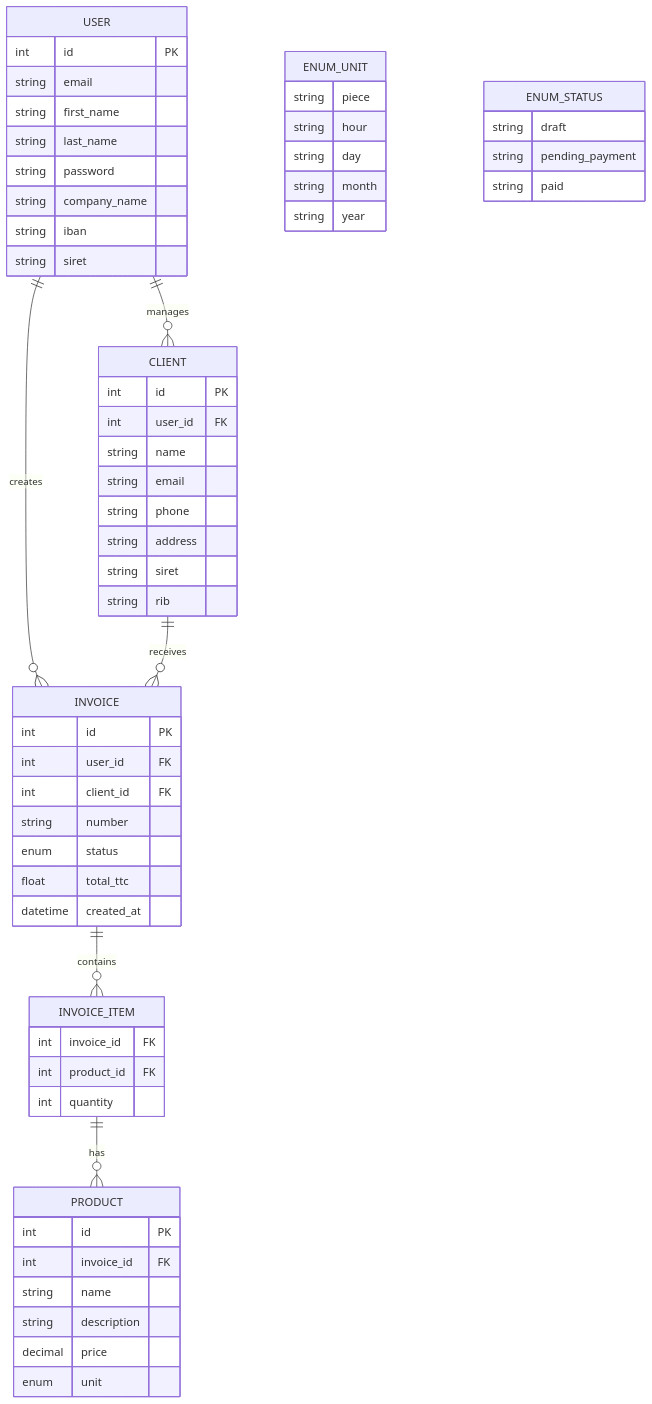
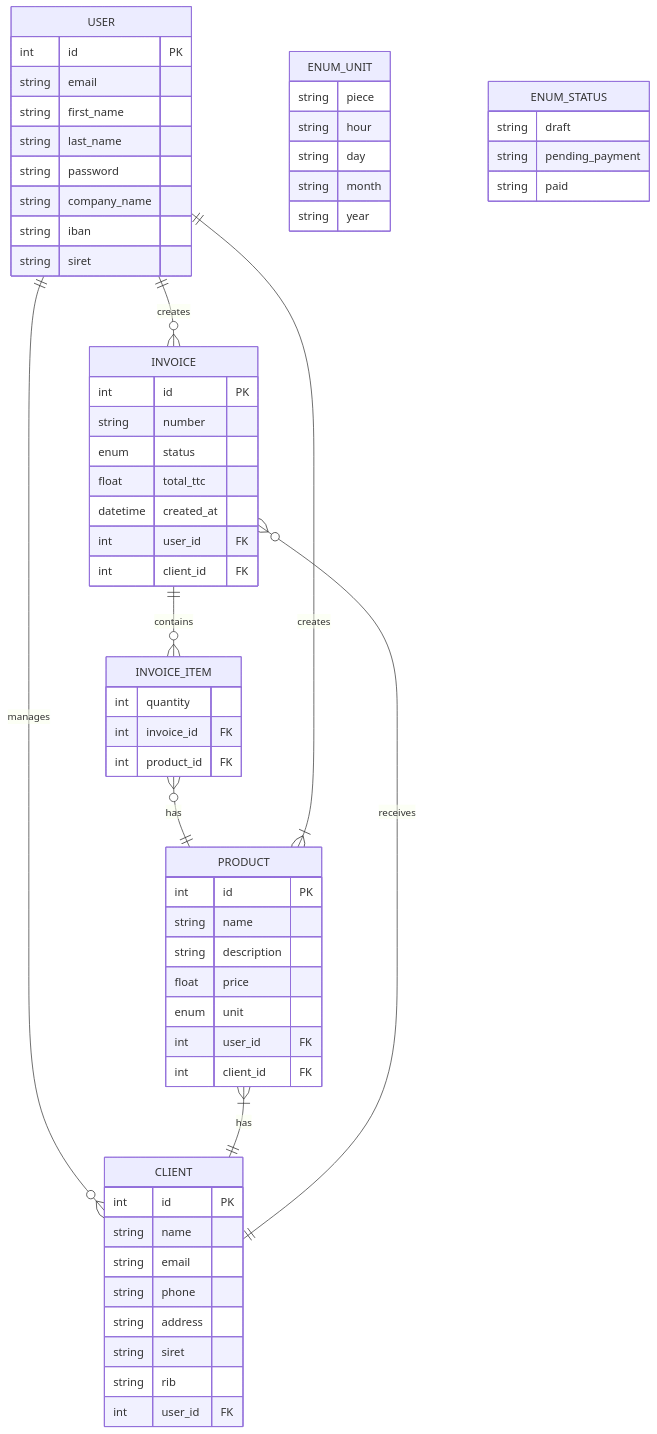
One commit to CHAOUCHI/cdpi-dwwm changed the diagram in Phase 3 - Symfony Docker et Test/Symfony/Projets/2. SaaSFacturation/Cahier des charges.md. Above: the diagram before and after it, drawn with Mermaid. The commit also changed 1 other file, not shown here.

Commit message:
update fix er diagramm Facturation

````diff
--- a/Phase 3 - Symfony Docker et Test/Symfony/Projets/2. SaaSFacturation/Cahier des charges.md
+++ b/Phase 3 - Symfony Docker et Test/Symfony/Projets/2. SaaSFacturation/Cahier des charges.md
@@ -146,65 +146,69 @@
 ```mermaid
 erDiagram
 USER ||--o{ INVOICE : creates
 USER ||--o{ CLIENT : manages
 CLIENT ||--o{ INVOICE : receives
 INVOICE ||--o{ INVOICE_ITEM : contains
-INVOICE_ITEM ||--o{ PRODUCT : has
+INVOICE_ITEM }o--|| PRODUCT : has
+PRODUCT }|--|| CLIENT : has
+USER ||--|{ PRODUCT : creates
 
 INVOICE {
     int id PK
-    int user_id FK
-    int client_id FK
     string number 
     enum status
     float total_ttc
     datetime created_at
+    int user_id FK
+    int client_id FK
 }
 INVOICE_ITEM {
+    int quantity
     int invoice_id FK
     int product_id FK
-    int quantity
 }
 USER {
     int id PK
     string email 
     string first_name
     string last_name
     string password
     string company_name
     string iban
     string siret
 }
 CLIENT {
     int id PK
-    int user_id FK
     string name
     string email
     string phone
     string address
     string siret
     string rib
+    int user_id FK
 }
+
 PRODUCT {
     int id PK
-    int invoice_id FK
     string name
     string description
-    decimal price
+    float price
     enum unit 
+    int user_id FK
+    int client_id FK
 }
 
 ENUM_UNIT {
     string piece
     string hour
     string day
     string month
     string year
 }
 
 ENUM_STATUS {
     string draft
     string pending_payment
     string paid
 }
 ```
````
